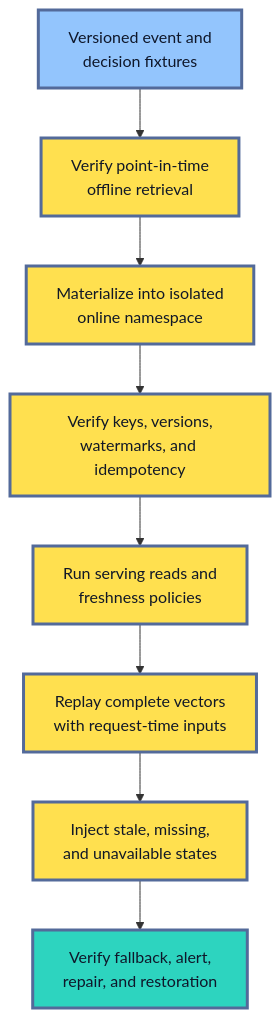
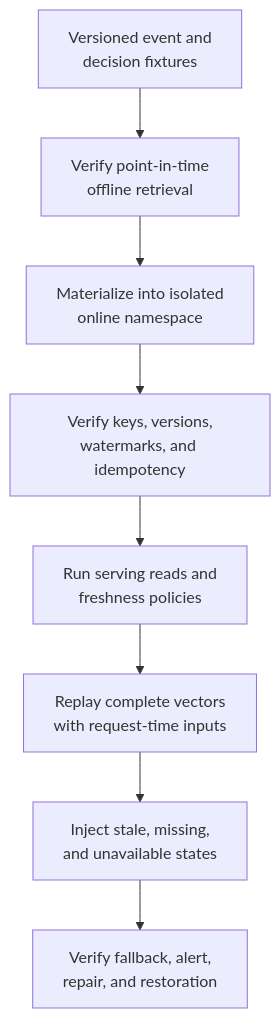
One commit to senlinyy/dev-roadmaps changed the seventh of 7 diagrams in roadmaps/mlops/modules/data-for-ml-systems/feature-management/02-online-vs-offline-features.md. Above: the diagram before and after it, drawn with Mermaid. The commit also changed other lines of this file and 152 other files, not shown here.

Commit message:
feat: mlops and diagrams updated

````diff
--- a/roadmaps/mlops/modules/data-for-ml-systems/feature-management/02-online-vs-offline-features.md
+++ b/roadmaps/mlops/modules/data-for-ml-systems/feature-management/02-online-vs-offline-features.md
@@ -433,17 +411,14 @@
 ```mermaid
 flowchart TD
     A["Versioned event and<br/>decision fixtures"] --> B["Verify point-in-time<br/>offline retrieval"]
     B --> C["Materialize into isolated<br/>online namespace"]
     C --> D["Verify keys, versions,<br/>watermarks, and idempotency"]
     D --> E["Run serving reads and<br/>freshness policies"]
     E --> F["Replay complete vectors<br/>with request-time inputs"]
     F --> G["Inject stale, missing,<br/>and unavailable states"]
     G --> H["Verify fallback, alert,<br/>repair, and restoration"]
 
-    classDef fixture fill:#93C5FD,stroke:#536A9A,stroke-width:3px,color:#0F172A
-    classDef verify fill:#FFE04F,stroke:#536A9A,stroke-width:3px,color:#111827
-    classDef recovery fill:#2DD4BF,stroke:#536A9A,stroke-width:3px,color:#0F172A
     class A fixture
     class B,C,D,E,F,G verify
     class H recovery
 ```
````
